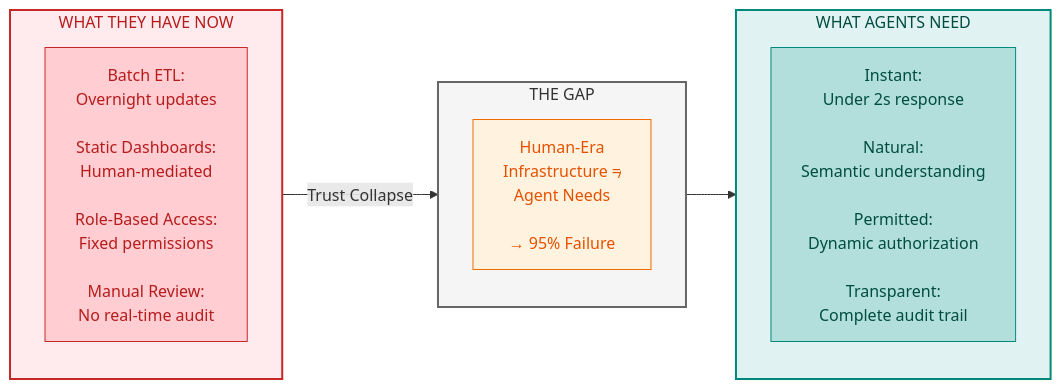
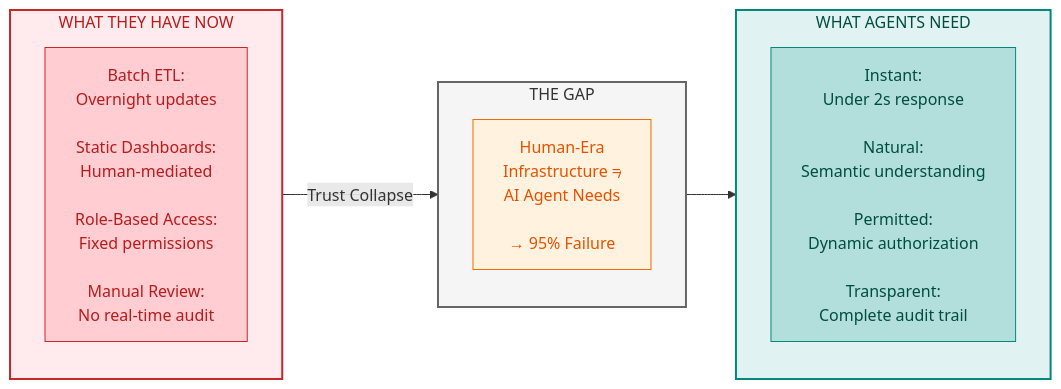
One commit to colaberry/trust-before-intelligence-book changed the first of 6 diagrams in manuscript/02_chapter_1_why_agents_fail_v3_1.md. Above: the diagram before and after it, drawn with Mermaid. The commit also changed other lines of this file, not shown here.

First line of the commit message:
Fixing emojis of diagram 3

````diff
--- a/manuscript/02_chapter_1_why_agents_fail_v3_1.md
+++ b/manuscript/02_chapter_1_why_agents_fail_v3_1.md
@@ -24,29 +24,29 @@
 ```mermaid
 
 graph LR
     subgraph BUILT["WHAT THEY HAVE NOW"]
         direction TB
         B1["Batch ETL:<br/>Overnight updates<br/><br/>Static Dashboards:<br/>Human-mediated<br/><br/>Role-Based Access:<br/>Fixed permissions<br/><br/>Manual Review:<br/>No real-time audit"]
     end
     
     subgraph GAP["THE GAP"]
         direction TB
-        G1["Human-Era<br/>Infrastructure ≠<br/>Agent Needs<br/><br/>→ 95% Failure"]
+        G1["Human-Era<br/>Infrastructure ≠<br/>AI Agent Needs<br/><br/>→ 95% Failure"]
     end
     
     subgraph NEED["WHAT AGENTS NEED"]
         direction TB
         N1["Instant:<br/>Under 2s response<br/><br/>Natural:<br/>Semantic understanding<br/><br/>Permitted:<br/>Dynamic authorization<br/><br/>Transparent:<br/>Complete audit trail"]
     end
     
     BUILT -->|"Trust Collapse"| GAP --> NEED
     
     style BUILT fill:#ffebee,stroke:#c62828,stroke-width:2px,color:#b71c1c
     style GAP fill:#f5f5f5,stroke:#666666,stroke-width:2px,color:#333333
     style NEED fill:#e0f2f1,stroke:#00897b,stroke-width:2px,color:#004d40
     style B1 fill:#ffcdd2,stroke:#c62828,color:#b71c1c
     style G1 fill:#fff3e0,stroke:#ef6c00,color:#e65100
     style N1 fill:#b2dfdb,stroke:#00897b,color:#004d40
     
 
 ```
````
